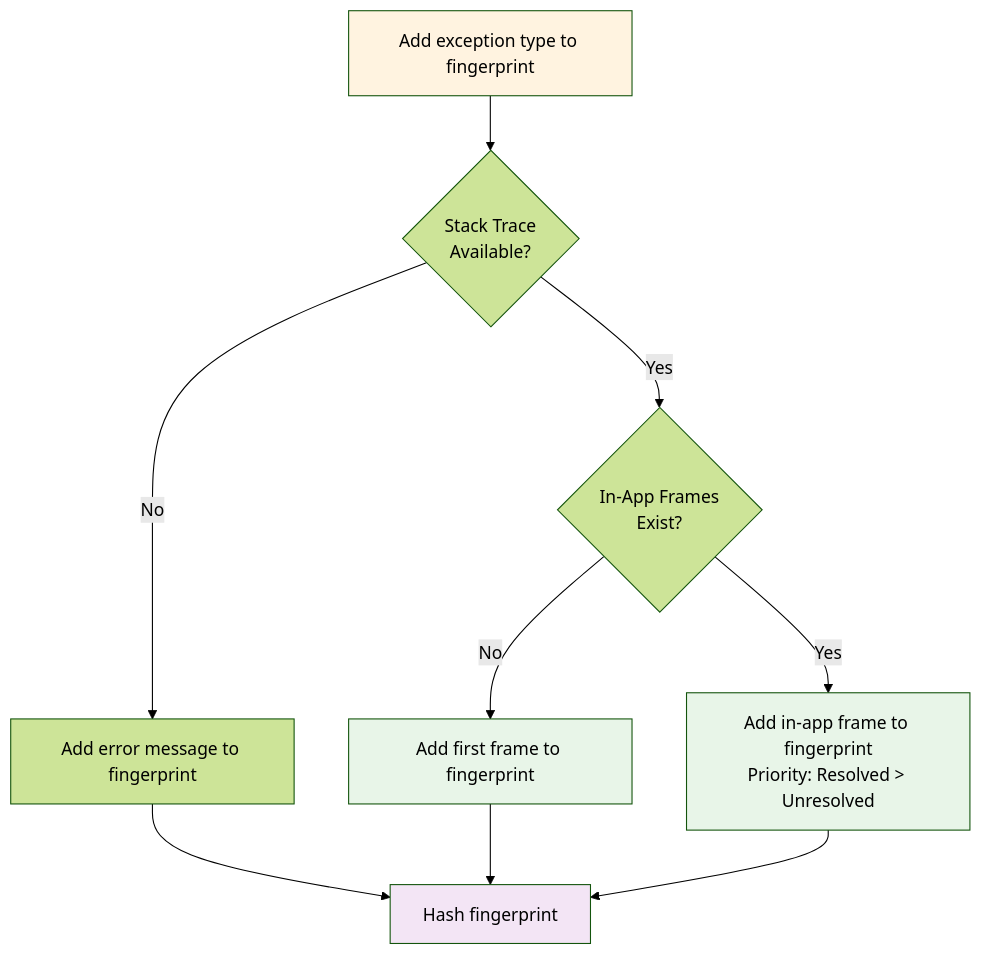
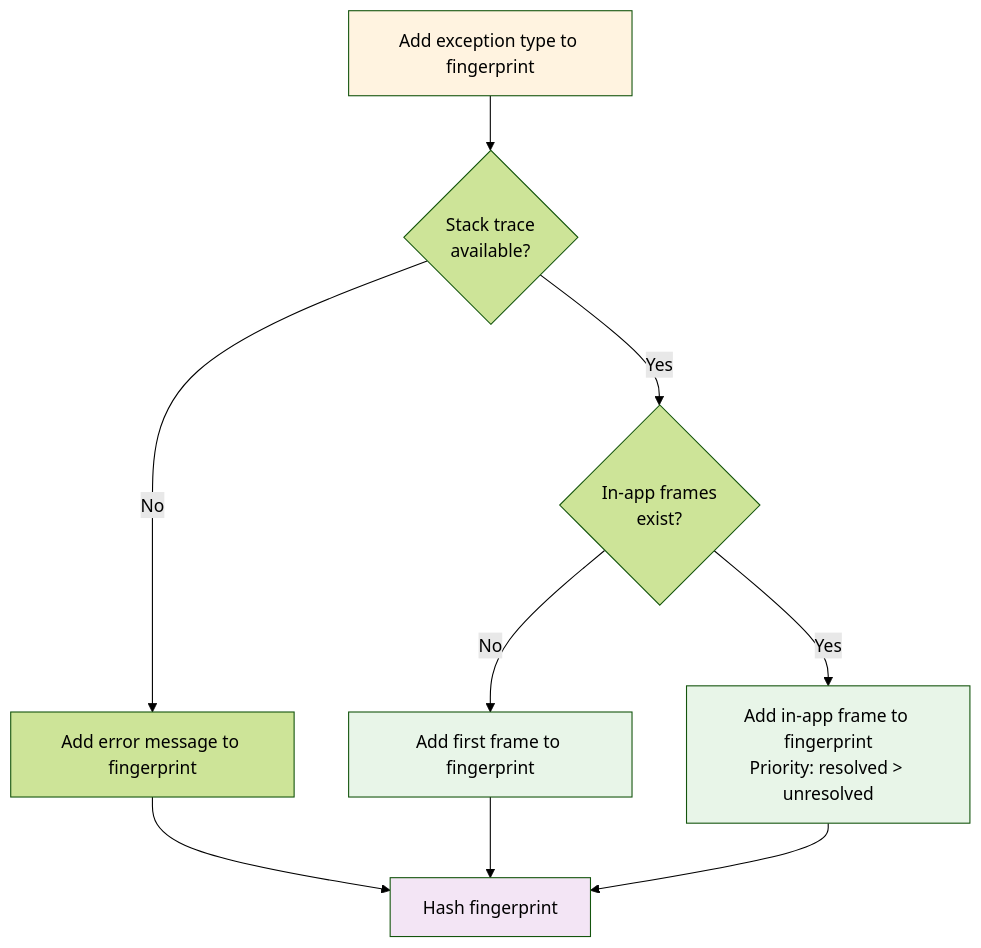
The diagram in contents/docs/error-tracking/fingerprints.mdx (PostHog/posthog.com), drawn with Mermaid (forest theme) before and after one commit. The commit also changed 2 other files, not shown here.

Commit message:
more updates to concepts

````diff
--- a/contents/docs/error-tracking/fingerprints.mdx
+++ b/contents/docs/error-tracking/fingerprints.mdx
@@ -17,22 +17,22 @@
 ```mermaid
 flowchart TD
-    A[Add exception type to fingerprint] --> B{Stack Trace<br/>Available?}
+    A[Add exception type to fingerprint] --> B{Stack trace<br/>available?}
     
     B -->|No| C[Add error message to fingerprint]
     
     C --> D[Hash fingerprint]
     
-    B -->|Yes| E{In-App Frames<br/>Exist?}
+    B -->|Yes| E{In-app frames<br/>exist?}
     
     E -->|No| F[Add first frame to fingerprint]
     
-    E -->|Yes| G[Add in-app frame to fingerprint<br/>Priority: Resolved > Unresolved]
+    E -->|Yes| G[Add in-app frame to fingerprint<br/>Priority: resolved > unresolved]
     
     F --> D
     G --> D
     
     style A fill:#fff3e0
     style D fill:#f3e5f5
     style F fill:#e8f5e8
     style G fill:#e8f5e8
 ```
````
